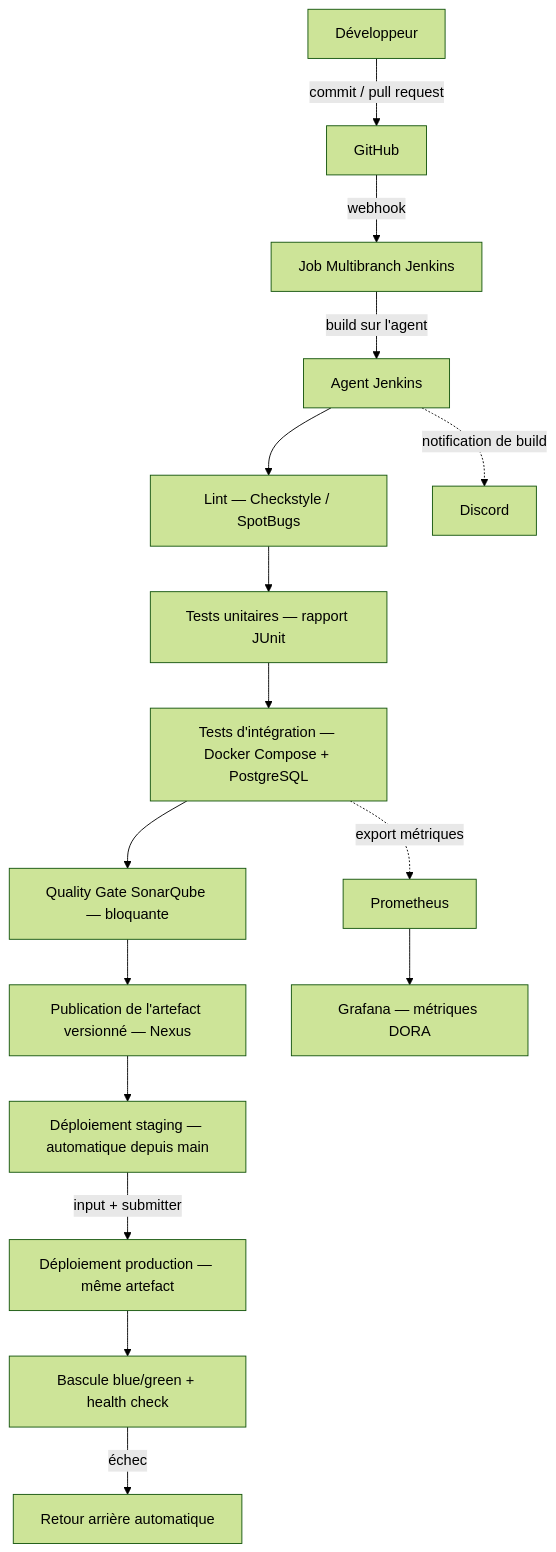
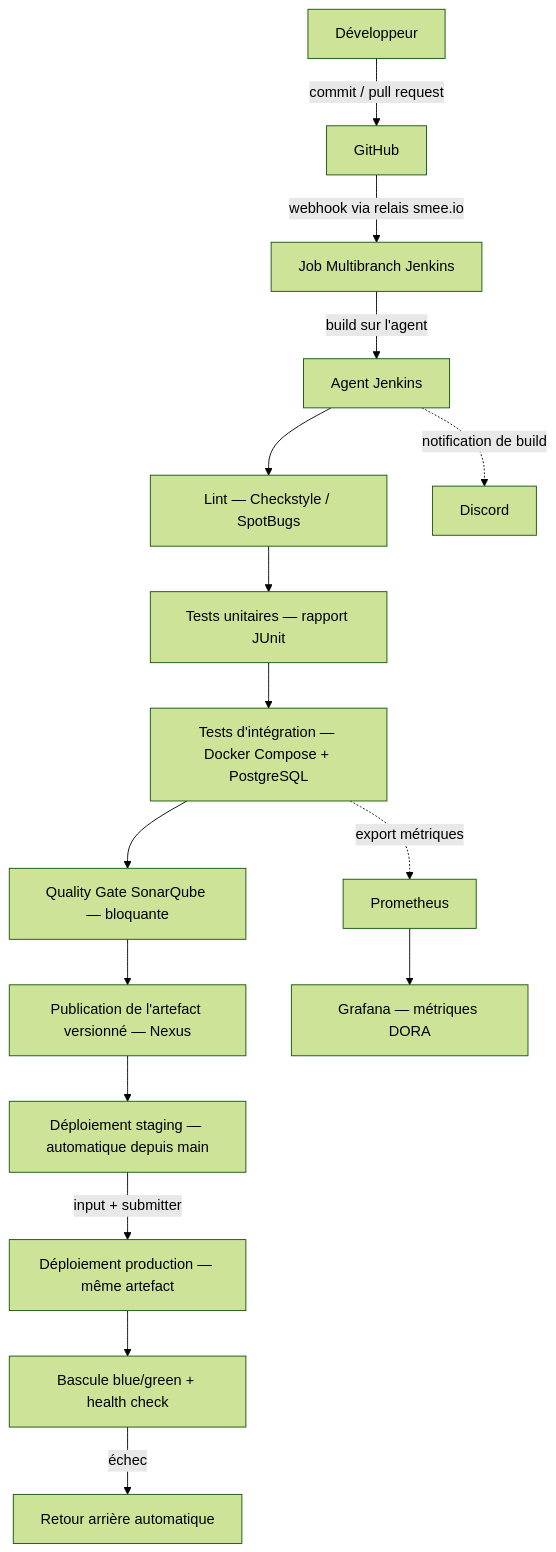
Before and after one commit to Devops-is-fun/step-by-step: the diagram in docs/specification/specification.md, drawn with Mermaid (forest theme). The commit also changed other lines of this file and 18 other files, not shown here.

````diff
--- a/docs/specification/specification.md
+++ b/docs/specification/specification.md
@@ -261,18 +261,18 @@
 ```mermaid
 flowchart TD
     Dev[Développeur] -->|commit / pull request| Git[GitHub]
-    Git -->|webhook| MB[Job Multibranch Jenkins]
+    Git -->|webhook via relais smee.io| MB[Job Multibranch Jenkins]
     MB -->|build sur l'agent| Ag[Agent Jenkins]
     Ag --> L[Lint — Checkstyle / SpotBugs]
     L --> U[Tests unitaires — rapport JUnit]
     U --> I[Tests d'intégration — Docker Compose + PostgreSQL]
     I --> S[Quality Gate SonarQube — bloquante]
     S --> P[Publication de l'artefact versionné — Nexus]
     P --> ST[Déploiement staging — automatique depuis main]
     ST -->|input + submitter| PR[Déploiement production — même artefact]
     PR --> BG[Bascule blue/green + health check]
     BG -->|échec| RB[Retour arrière automatique]
     Ag -.->|notification de build| D[Discord]
     I -.->|export métriques| Prom[Prometheus]
     Prom --> G[Grafana — métriques DORA]
 ```
````
